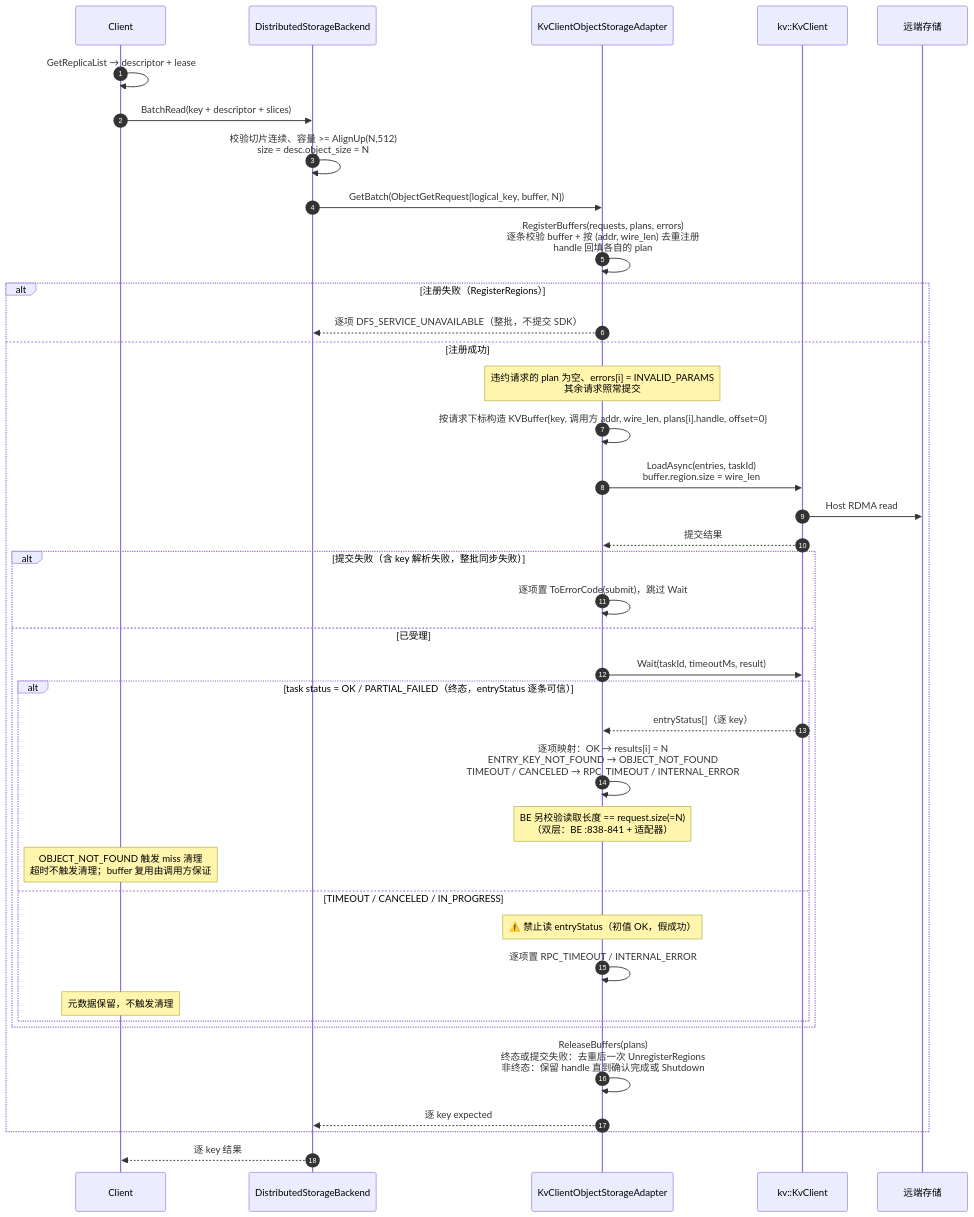
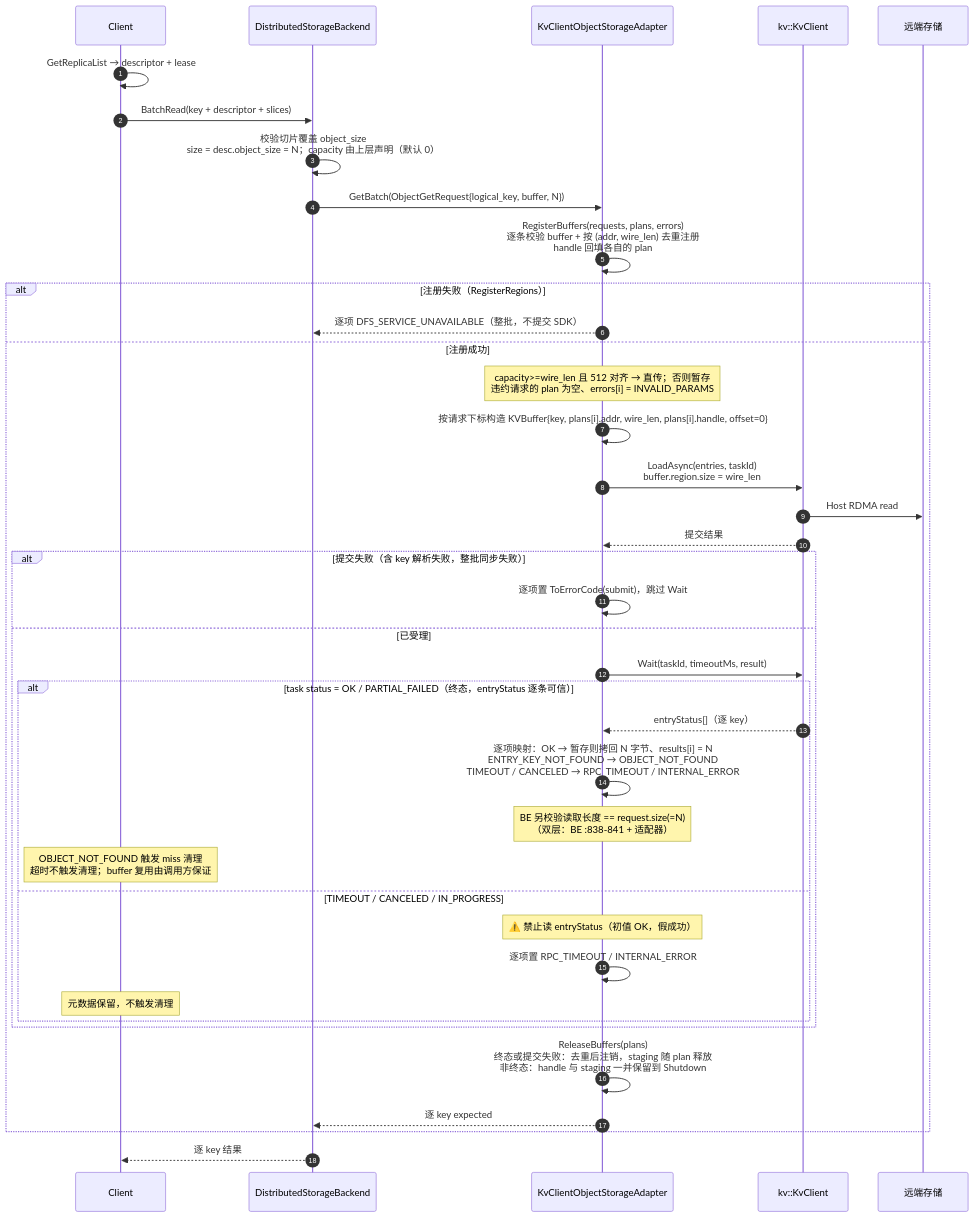
The tenth of 13 diagrams in Mooncake + KVClient L3 接入（Kvcs）- v3.md (zwj20000328-dotcom/Mooncake-documents), drawn with Mermaid before and after one commit. The commit also changed other lines of this file, not shown here.

Commit message:
docs: add staged buffers as the default path for unaligned or undeclared buffers

````diff
--- a/Mooncake + KVClient L3 接入（Kvcs）- v3.md
+++ b/Mooncake + KVClient L3 接入（Kvcs）- v3.md
@@ -638,42 +638,42 @@
 ```mermaid
 sequenceDiagram
     autonumber
     participant C as Client
     participant BE as DistributedStorageBackend
     participant AD as KvClientObjectStorageAdapter
     participant SDK as kv::KvClient
     participant S as 远端存储
 
     C->>C: GetReplicaList → descriptor + lease
     C->>BE: BatchRead(key + descriptor + slices)
-    BE->>BE: 校验切片连续、容量 >= AlignUp(N,512)<br/>size = desc.object_size = N
+    BE->>BE: 校验切片覆盖 object_size<br/>size = desc.object_size = N；capacity 由上层声明（默认 0）
     BE->>AD: GetBatch(ObjectGetRequest{logical_key, buffer, N})
     AD->>AD: RegisterBuffers(requests, plans, errors)<br/>逐条校验 buffer + 按 (addr, wire_len) 去重注册<br/>handle 回填各自的 plan
     alt 注册失败（RegisterRegions）
         AD-->>BE: 逐项 DFS_SERVICE_UNAVAILABLE（整批，不提交 SDK）
     else 注册成功
-        Note over AD: 违约请求的 plan 为空、errors[i] = INVALID_PARAMS<br/>其余请求照常提交
-        AD->>AD: 按请求下标构造 KVBuffer{key, 调用方 addr, wire_len, plans[i].handle, offset=0}
+        Note over AD: capacity>=wire_len 且 512 对齐 → 直传；否则暂存<br/>违约请求的 plan 为空、errors[i] = INVALID_PARAMS
+        AD->>AD: 按请求下标构造 KVBuffer{key, plans[i].addr, wire_len, plans[i].handle, offset=0}
         AD->>SDK: LoadAsync(entries, taskId)<br/>buffer.region.size = wire_len
         SDK->>S: Host RDMA read
         SDK-->>AD: 提交结果
         alt 提交失败（含 key 解析失败，整批同步失败）
             AD->>AD: 逐项置 ToErrorCode(submit)，跳过 Wait
         else 已受理
             AD->>SDK: Wait(taskId, timeoutMs, result)
             alt task status = OK / PARTIAL_FAILED（终态，entryStatus 逐条可信）
                 SDK-->>AD: entryStatus[]（逐 key）
-                AD->>AD: 逐项映射：OK → results[i] = N<br/>ENTRY_KEY_NOT_FOUND → OBJECT_NOT_FOUND<br/>TIMEOUT / CANCELED → RPC_TIMEOUT / INTERNAL_ERROR
+                AD->>AD: 逐项映射：OK → 暂存则拷回 N 字节、results[i] = N<br/>ENTRY_KEY_NOT_FOUND → OBJECT_NOT_FOUND<br/>TIMEOUT / CANCELED → RPC_TIMEOUT / INTERNAL_ERROR
                 Note over AD: BE 另校验读取长度 == request.size(=N)<br/>（双层：BE :838-841 + 适配器）
                 Note over C: OBJECT_NOT_FOUND 触发 miss 清理<br/>超时不触发清理；buffer 复用由调用方保证
             else TIMEOUT / CANCELED / IN_PROGRESS
                 Note over AD: ⚠️ 禁止读 entryStatus（初值 OK，假成功）
                 AD->>AD: 逐项置 RPC_TIMEOUT / INTERNAL_ERROR
                 Note over C: 元数据保留，不触发清理
             end
         end
-        AD->>AD: ReleaseBuffers(plans)<br/>终态或提交失败：去重后一次 UnregisterRegions<br/>非终态：保留 handle 直到确认完成或 Shutdown
+        AD->>AD: ReleaseBuffers(plans)<br/>终态或提交失败：去重后注销，staging 随 plan 释放<br/>非终态：handle 与 staging 一并保留到 Shutdown
         AD-->>BE: 逐 key expected
     end
     BE-->>C: 逐 key 结果
 ```
````
